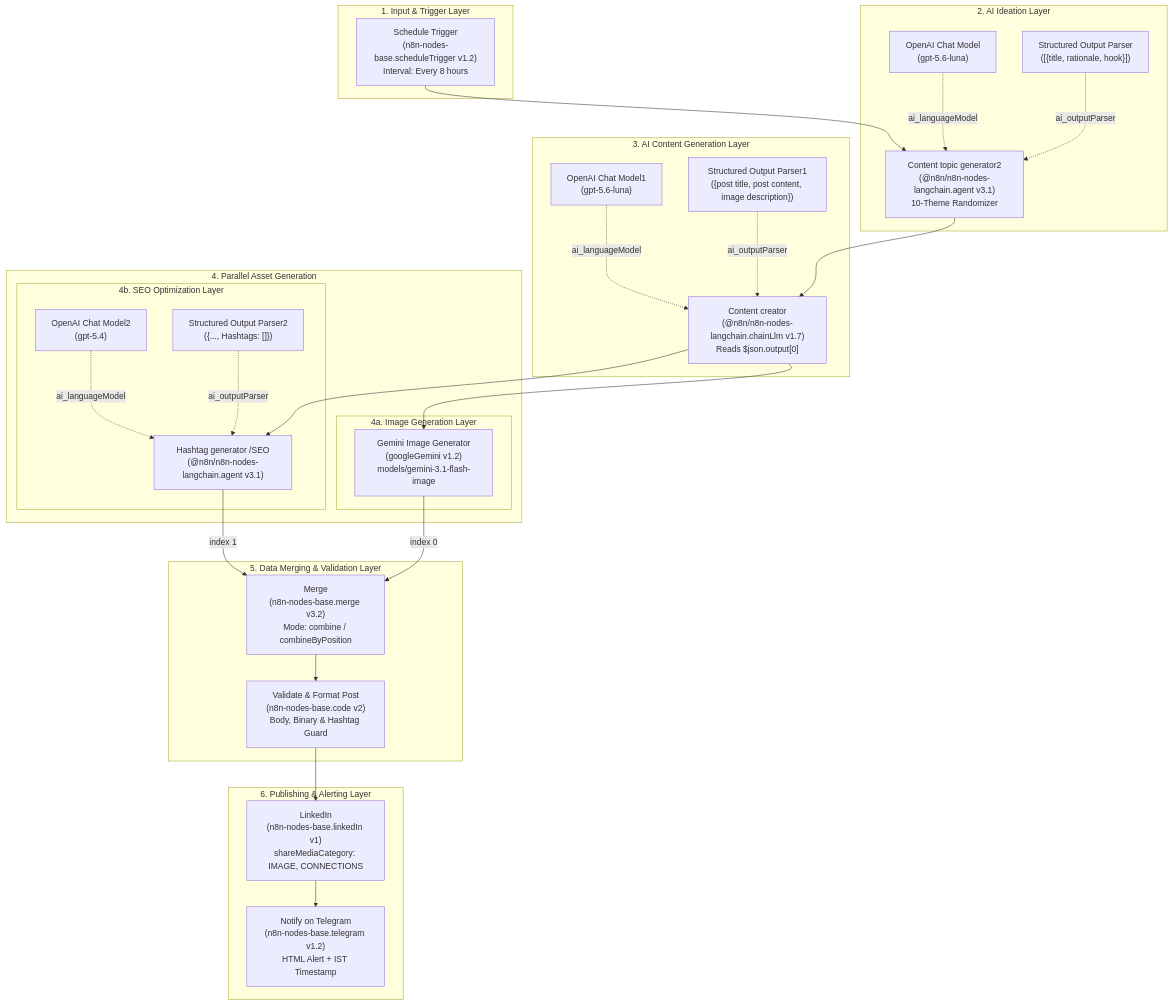
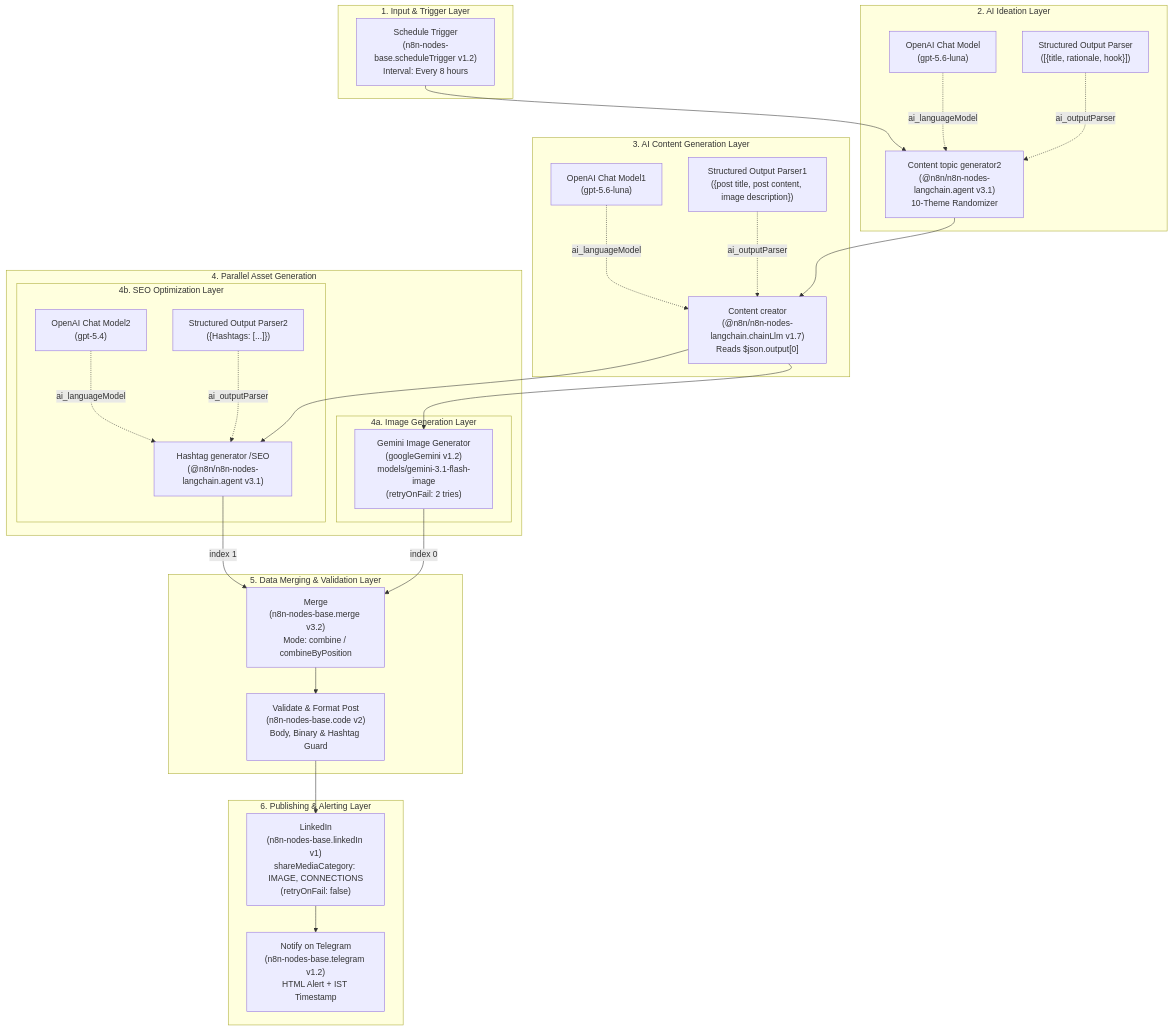
One commit to nijjukrr/AI-Powered-LinkedIn-Content-Automation changed the diagram in docs/system-architecture.md. Above: the diagram before and after it, drawn with Mermaid. The commit also changed other lines of this file and 5 other files, not shown here.

````diff
--- a/docs/system-architecture.md
+++ b/docs/system-architecture.md
@@ -9,49 +9,49 @@
 ```mermaid
 flowchart TB
     subgraph Input["1. Input & Trigger Layer"]
         ST["Schedule Trigger<br/>(n8n-nodes-base.scheduleTrigger v1.2)<br/>Interval: Every 8 hours"]
     end
 
     subgraph Ideation["2. AI Ideation Layer"]
         CTG["Content topic generator2<br/>(@n8n/n8n-nodes-langchain.agent v3.1)<br/>10-Theme Randomizer"]
         OAI0["OpenAI Chat Model<br/>(gpt-5.6-luna)"] -.->|"ai_languageModel"| CTG
         SOP0["Structured Output Parser<br/>([{title, rationale, hook}])"] -.->|"ai_outputParser"| CTG
     end
 
     subgraph Copywriting["3. AI Content Generation Layer"]
         CC["Content creator<br/>(@n8n/n8n-nodes-langchain.chainLlm v1.7)<br/>Reads $json.output[0]"]
         OAI1["OpenAI Chat Model1<br/>(gpt-5.6-luna)"] -.->|"ai_languageModel"| CC
         SOP1["Structured Output Parser1<br/>({post title, post content, image description})"] -.->|"ai_outputParser"| CC
     end
 
     subgraph ParallelAssets["4. Parallel Asset Generation"]
         subgraph ImageLayer["4a. Image Generation Layer"]
-            GIG["Gemini Image Generator<br/>(googleGemini v1.2)<br/>models/gemini-3.1-flash-image"]
+            GIG["Gemini Image Generator<br/>(googleGemini v1.2)<br/>models/gemini-3.1-flash-image<br/>(retryOnFail: 2 tries)"]
         end
         subgraph SEOLayer["4b. SEO Optimization Layer"]
             HG["Hashtag generator /SEO<br/>(@n8n/n8n-nodes-langchain.agent v3.1)"]
             OAI2["OpenAI Chat Model2<br/>(gpt-5.4)"] -.->|"ai_languageModel"| HG
-            SOP2["Structured Output Parser2<br/>({..., Hashtags: []})"] -.->|"ai_outputParser"| HG
+            SOP2["Structured Output Parser2<br/>({Hashtags: [...]})"] -.->|"ai_outputParser"| HG
         end
     end
 
     subgraph Merging["5. Data Merging & Validation Layer"]
         MRG["Merge<br/>(n8n-nodes-base.merge v3.2)<br/>Mode: combine / combineByPosition"]
         VAL["Validate &amp; Format Post<br/>(n8n-nodes-base.code v2)<br/>Body, Binary &amp; Hashtag Guard"]
     end
 
     subgraph Publishing["6. Publishing & Alerting Layer"]
-        LI["LinkedIn<br/>(n8n-nodes-base.linkedIn v1)<br/>shareMediaCategory: IMAGE, CONNECTIONS"]
+        LI["LinkedIn<br/>(n8n-nodes-base.linkedIn v1)<br/>shareMediaCategory: IMAGE, CONNECTIONS<br/>(retryOnFail: false)"]
         TG["Notify on Telegram<br/>(n8n-nodes-base.telegram v1.2)<br/>HTML Alert + IST Timestamp"]
     end
 
     ST --> CTG
     CTG --> CC
     CC --> GIG
     CC --> HG
     GIG -->|"index 0"| MRG
     HG -->|"index 1"| MRG
     MRG --> VAL
     VAL --> LI
     LI --> TG
 ```
````
